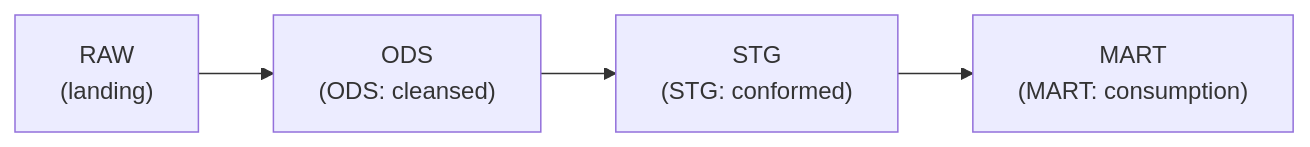
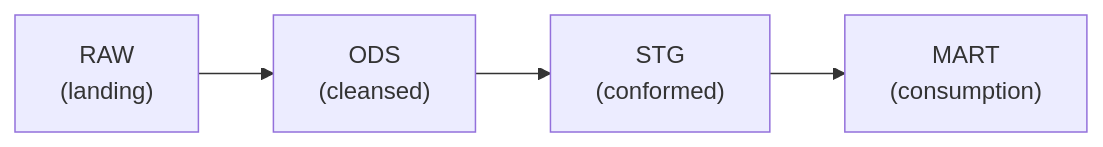
Before and after one commit to wraith-proxy/wraith-sas-lineage: the second of 6 diagrams in docs/architecture.md, drawn with Mermaid. The commit also changed 8 other files, not shown here.

Commit message:
:ghost: fix/TJP-22101: generic layer names ODS/STG/MART, scrub roadmap, gitignore .claude and SAS [skip ci]

````diff
--- a/docs/architecture.md
+++ b/docs/architecture.md
@@ -38,6 +38,6 @@
 ```mermaid
 flowchart LR
-    RAW["RAW\n(landing)"] --> ODS["ODS\n(ODS: cleansed)"]
-    ODS --> STG["STG\n(STG: conformed)"]
-    STG --> MART["MART\n(MART: consumption)"]
+    RAW["RAW\n(landing)"] --> ODS["ODS\n(cleansed)"]
+    ODS --> STG["STG\n(conformed)"]
+    STG --> MART["MART\n(consumption)"]
 ```
````
